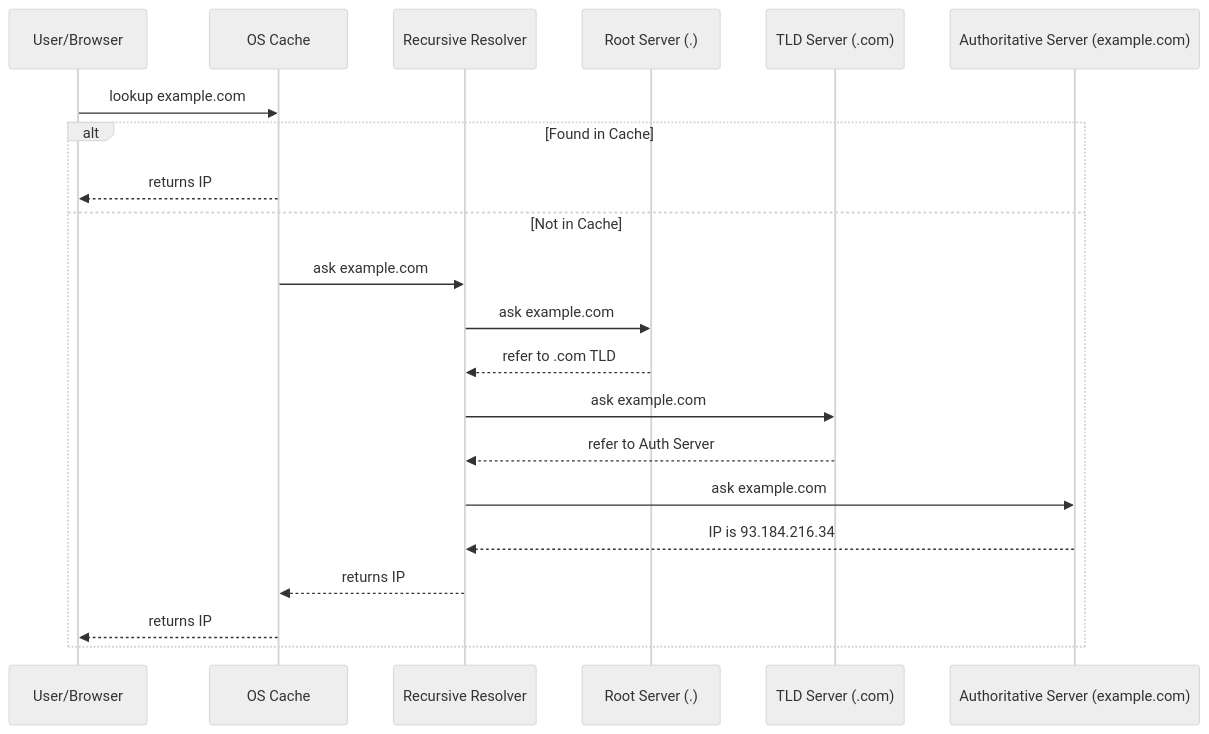
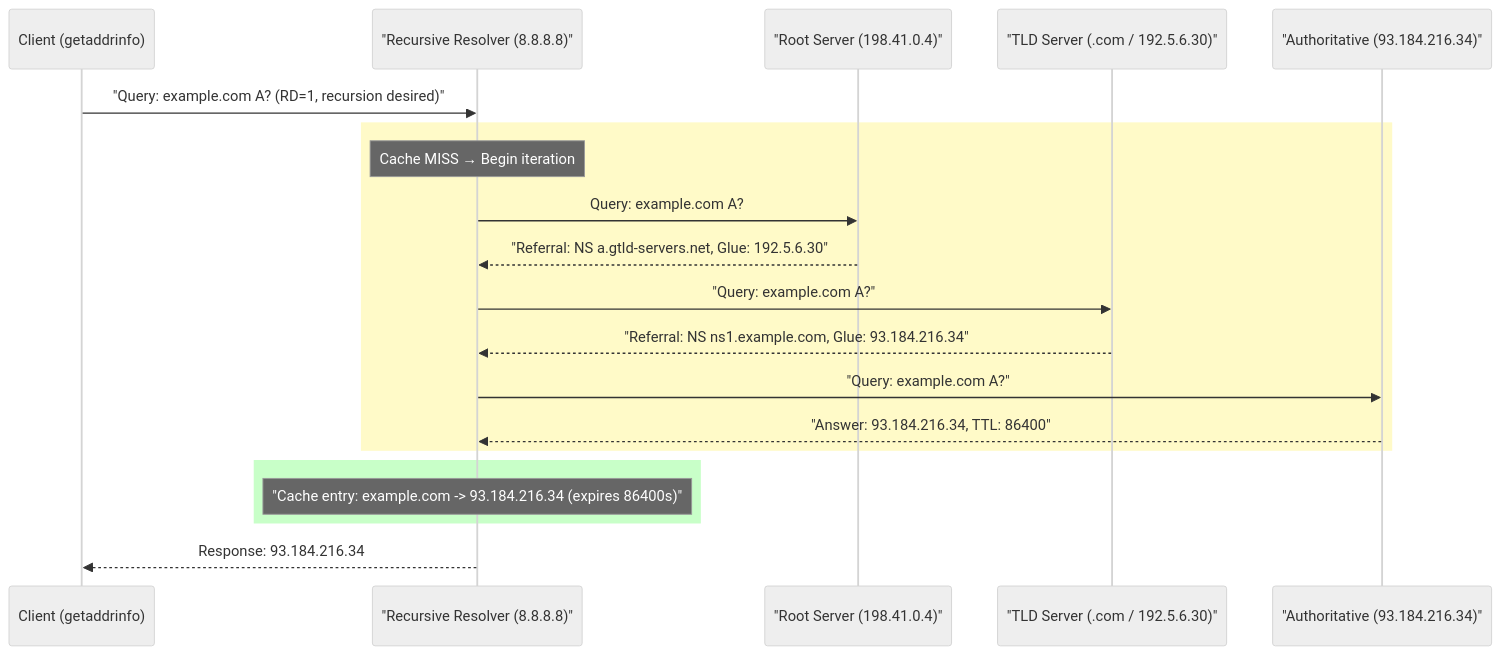
The second of 6 diagrams in networking/08_dns_deep_dive.md (Anmol33/SystemDesign), drawn with Mermaid (neutral theme) before and after one commit. The commit also changed other lines of this file and 7 other files, not shown here.

````diff
--- a/networking/08_dns_deep_dive.md
+++ b/networking/08_dns_deep_dive.md
@@ -21,24 +201,29 @@
 ```mermaid
 sequenceDiagram
-    participant User as User/Browser
-    participant OS as OS Cache
-    participant Resolver as Recursive Resolver
-    participant Root as Root Server (.)
-    participant TLD as TLD Server (.com)
-    participant Auth as Authoritative Server (example.com)
-
-    User->>OS: lookup example.com
-    alt Found in Cache
-        OS-->>User: returns IP
-    else Not in Cache
-        OS->>Resolver: ask example.com
-        Resolver->>Root: ask example.com
-        Root-->>Resolver: refer to .com TLD
-        Resolver->>TLD: ask example.com
-        TLD-->>Resolver: refer to Auth Server
-        Resolver->>Auth: ask example.com
-        Auth-->>Resolver: IP is 93.184.216.34
-        Resolver-->>OS: returns IP
-        OS-->>User: returns IP
+    participant Client as Client (getaddrinfo)
+    participant Resolver as "Recursive Resolver (8.8.8.8)"
+    participant Root as "Root Server (198.41.0.4)"
+    participant TLD as "TLD Server (.com / 192.5.6.30)"
+    participant Auth as "Authoritative (93.184.216.34)"
+    
+    Client->>Resolver: "Query: example.com A? (RD=1, recursion desired)"
+    
+    rect rgb(255, 250, 200)
+        Note over Resolver: Cache MISS → Begin iteration
+        
+        Resolver->>Root: Query: example.com A?
+        Root-->>Resolver: "Referral: NS a.gtld-servers.net, Glue: 192.5.6.30"
+        
+        Resolver->>TLD: "Query: example.com A?"
+        TLD-->>Resolver: "Referral: NS ns1.example.com, Glue: 93.184.216.34"
+        
+        Resolver->>Auth: "Query: example.com A?"
+        Auth-->>Resolver: "Answer: 93.184.216.34, TTL: 86400"
     end
+    
+    rect rgb(200, 255, 200)
+        Note over Resolver: "Cache entry: example.com -> 93.184.216.34 (expires 86400s)"
+    end
+    
+    Resolver-->>Client: Response: 93.184.216.34
 ```
````
